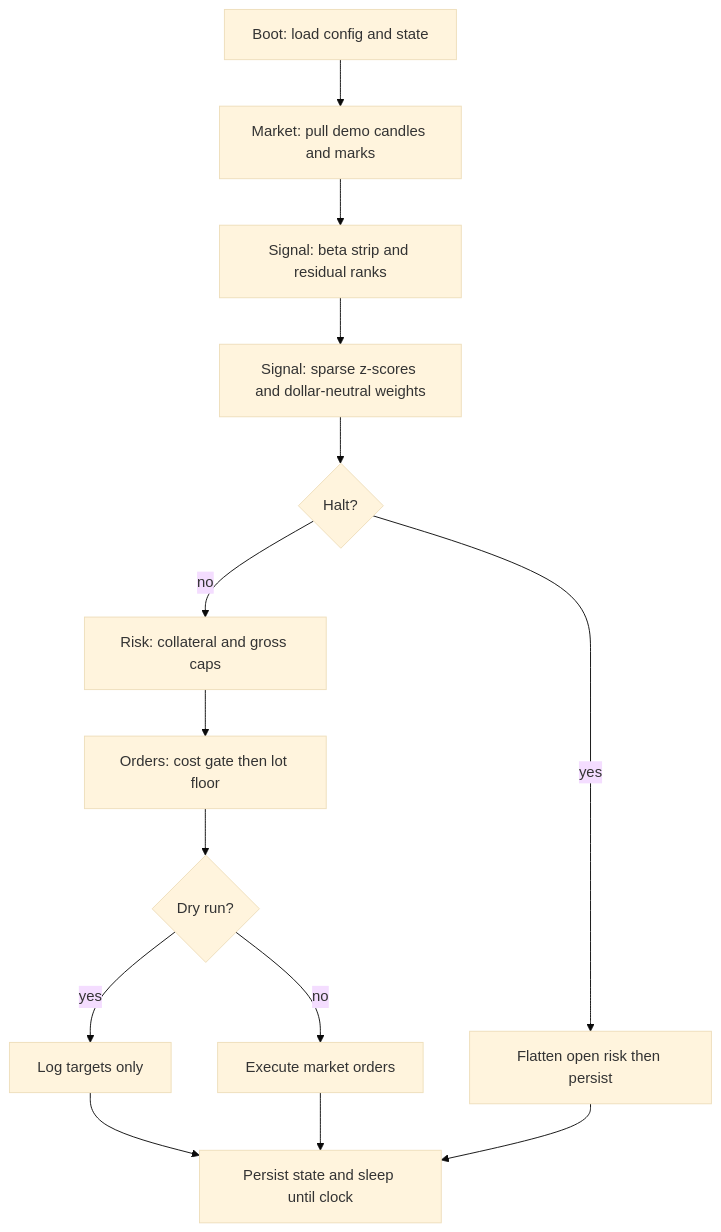
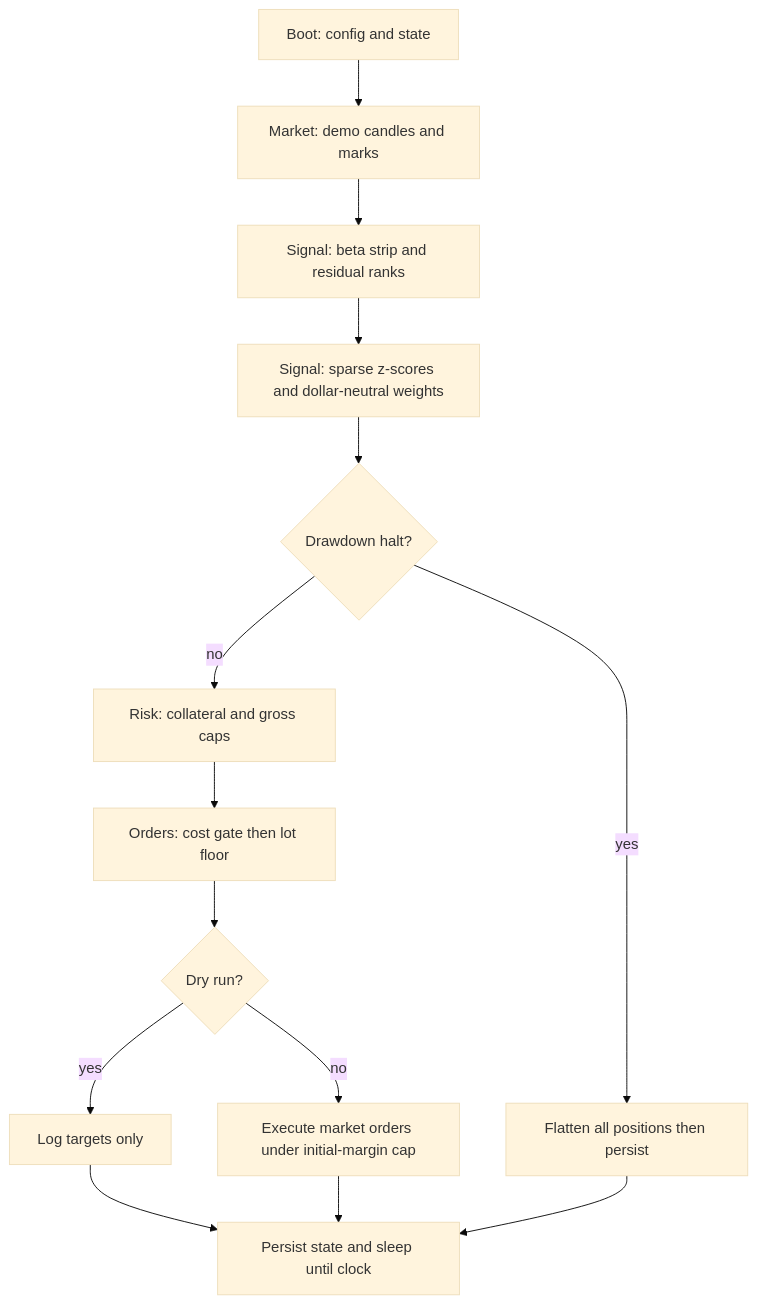
The second of 2 diagrams in docs/residual-trader.md (IsuruMahakumara/an-cszn-core), drawn with Mermaid (base theme) before and after one commit. The commit also changed other lines of this file, not shown here.

First line of the commit message:
Enhance documentation and flowchart for residual trader module

````diff
--- a/docs/residual-trader.md
+++ b/docs/residual-trader.md
@@ -50,16 +81,16 @@
 ```mermaid
 flowchart TD
-  A[Boot: load config and state] --> B[Market: pull demo candles and marks]
+  A[Boot: config and state] --> B[Market: demo candles and marks]
   B --> C[Signal: beta strip and residual ranks]
   C --> D[Signal: sparse z-scores and dollar-neutral weights]
-  D --> E{Halt?}
-  E -->|yes| F[Flatten open risk then persist]
+  D --> E{Drawdown halt?}
+  E -->|yes| F[Flatten all positions then persist]
   E -->|no| G[Risk: collateral and gross caps]
   G --> H[Orders: cost gate then lot floor]
   H --> I{Dry run?}
   I -->|yes| J[Log targets only]
-  I -->|no| K[Execute market orders]
+  I -->|no| K[Execute market orders under initial-margin cap]
   J --> L[Persist state and sleep until clock]
   K --> L
   F --> L
 ```
````
